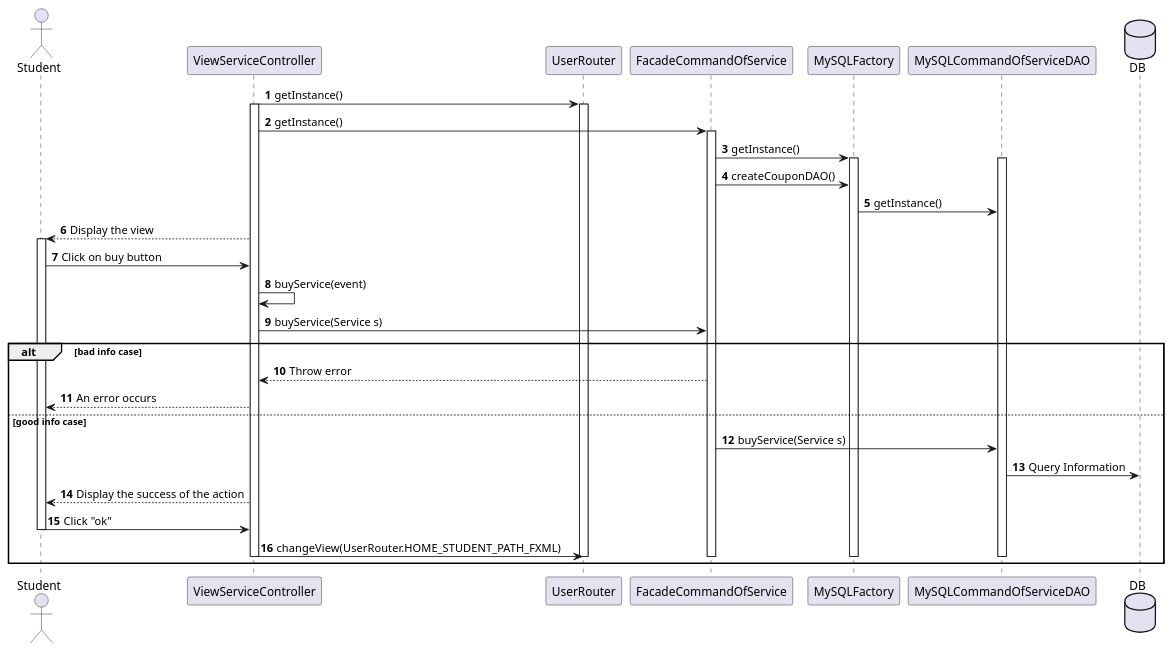
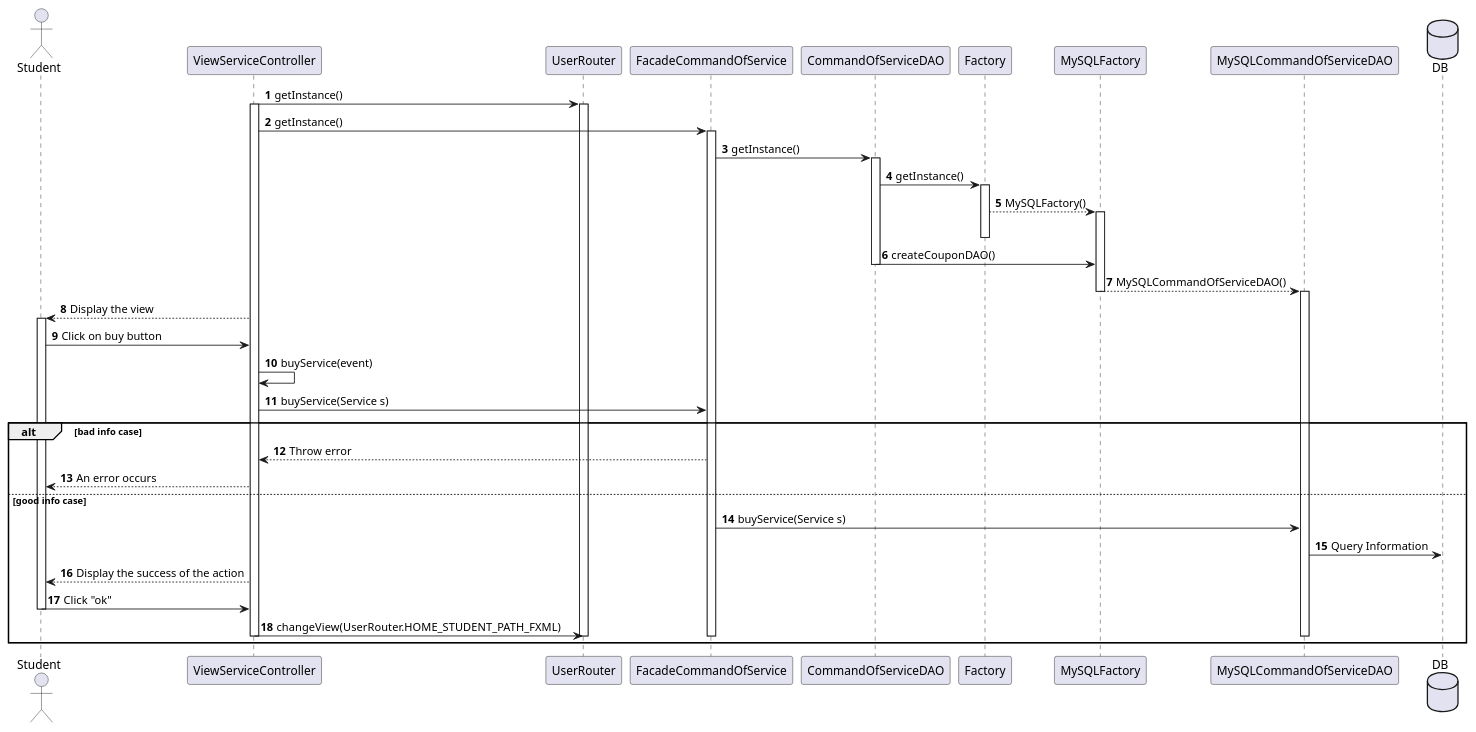
The diagram in project_diagrams/sequenceDiagrams/commandOfServiceManagement.puml (guiguie34/StudEasy), drawn with PlantUML before and after one commit. The commit also changed 1 other file, not shown here.

Commit message:
Fix sequence Diagram

```diff
--- a/project_diagrams/sequenceDiagrams/commandOfServiceManagement.puml
+++ b/project_diagrams/sequenceDiagrams/commandOfServiceManagement.puml
@@ -1,43 +1,49 @@
 @startuml
 autonumber
 actor Student
 
 ViewServiceController -> UserRouter : getInstance()
 activate ViewServiceController
 activate UserRouter
 ViewServiceController -> FacadeCommandOfService : getInstance()
 activate FacadeCommandOfService
-FacadeCommandOfService -> MySQLFactory : getInstance()
+FacadeCommandOfService -> CommandOfServiceDAO : getInstance()
+activate CommandOfServiceDAO
+CommandOfServiceDAO -> Factory : getInstance()
+activate Factory
+Factory --> MySQLFactory : MySQLFactory()
 activate MySQLFactory
-
+deactivate Factory
+CommandOfServiceDAO -> MySQLFactory : createCouponDAO()
+deactivate CommandOfServiceDAO
+MySQLFactory --> MySQLCommandOfServiceDAO : MySQLCommandOfServiceDAO()
+deactivate MySQLFactory
 activate MySQLCommandOfServiceDAO
 
-FacadeCommandOfService -> MySQLFactory : createCouponDAO()
-MySQLFactory -> MySQLCommandOfServiceDAO : getInstance()
 
 ViewServiceController --> Student : Display the view
 activate Student
 Student -> ViewServiceController : Click on buy button
 ViewServiceController -> ViewServiceController : buyService(event)
 ViewServiceController -> FacadeCommandOfService: buyService(Service s)
 alt bad info case
     FacadeCommandOfService --> ViewServiceController : Throw error
     ViewServiceController --> Student : An error occurs
 else good info case
     FacadeCommandOfService -> MySQLCommandOfServiceDAO : buyService(Service s)
     database DB
     MySQLCommandOfServiceDAO -> DB : Query Information
     ViewServiceController --> Student : Display the success of the action
 
     Student -> ViewServiceController : Click "ok"
     deactivate Student
     ViewServiceController -> UserRouter : changeView(UserRouter.HOME_STUDENT_PATH_FXML)
     deactivate ViewServiceController
     deactivate UserRouter
     deactivate MySQLFactory
     deactivate FacadeCommandOfService
     deactivate MySQLCommandOfServiceDAO
 
 
 end
 @enduml
```
